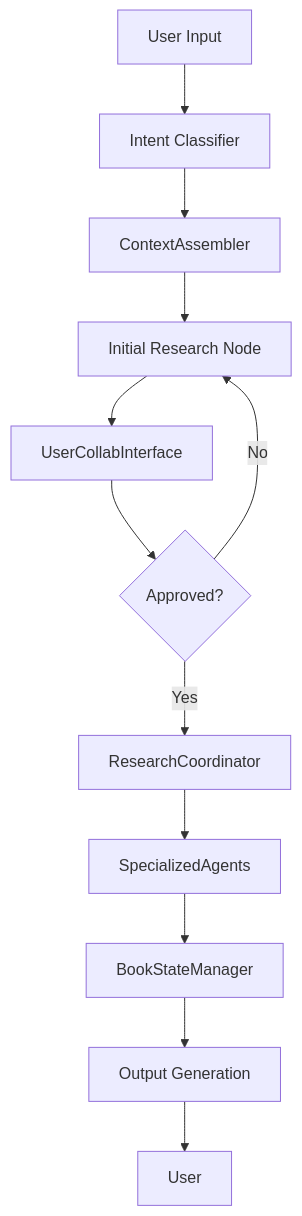
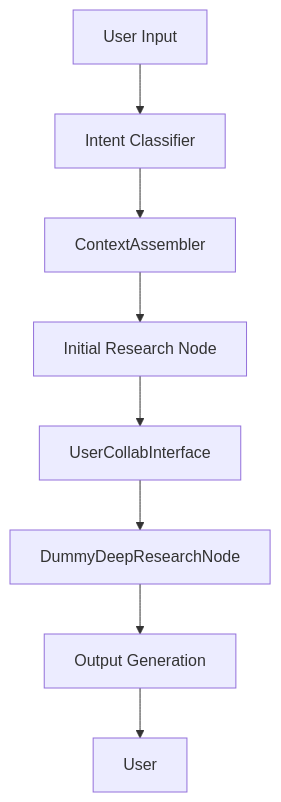
Before and after one commit to sonuMehta12/Synthesia.io: the second of 2 diagrams in docs/learning_topic_workflow.md, drawn with Mermaid. The commit also changed other lines of this file and 20 other files, not shown here.

````diff
--- a/docs/learning_topic_workflow.md
+++ b/docs/learning_topic_workflow.md
@@ -119,14 +127,10 @@
 ```mermaid
 graph TD
     A[User Input] --> B[Intent Classifier]
     B --> C[ContextAssembler]
     C --> D[Initial Research Node]
     D --> E[UserCollabInterface]
-    E --> F{Approved?}
-    F -- No --> D
-    F -- Yes --> G[ResearchCoordinator]
-    G --> H[SpecializedAgents]
-    H --> I[BookStateManager]
-    I --> J[Output Generation]
-    J --> K[User]
+    E --> F[DummyDeepResearchNode]
+    F --> G[Output Generation]
+    G --> H[User]
 ```
````
